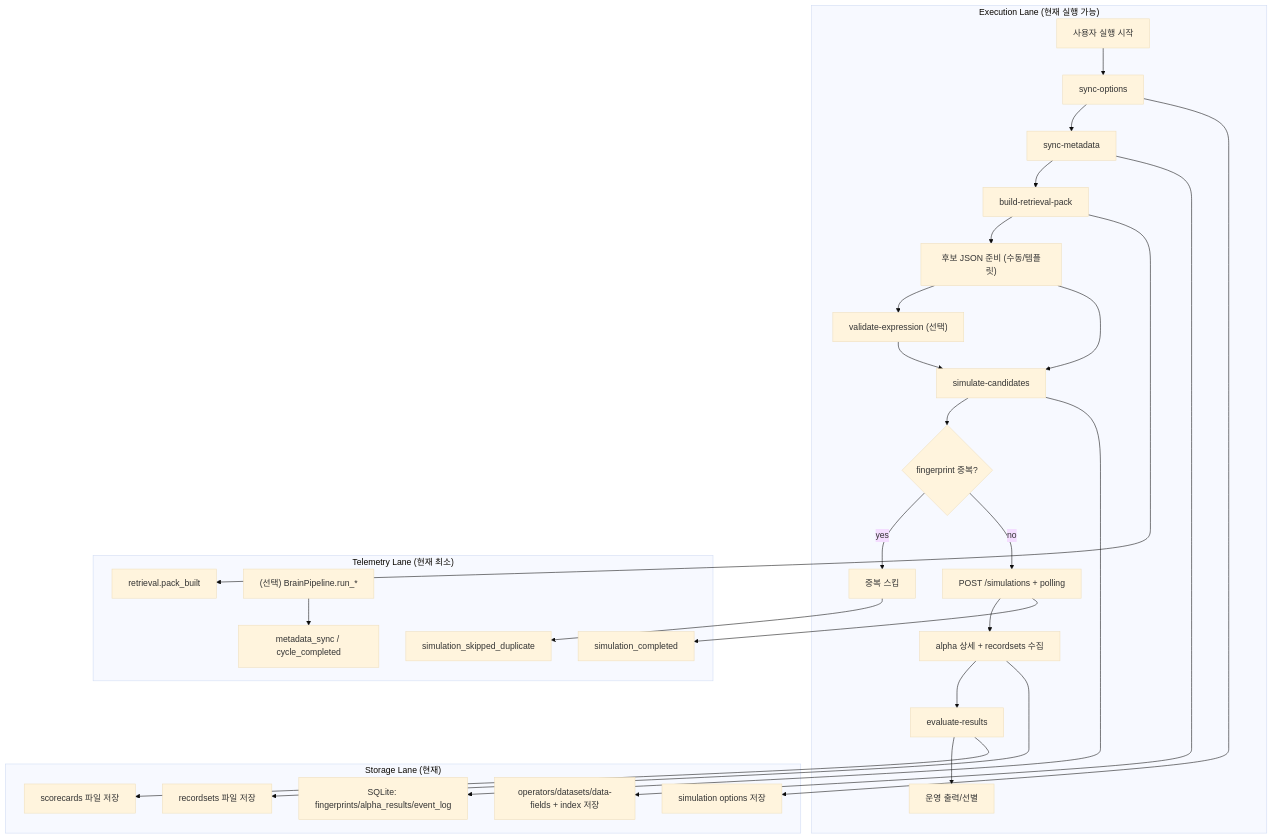
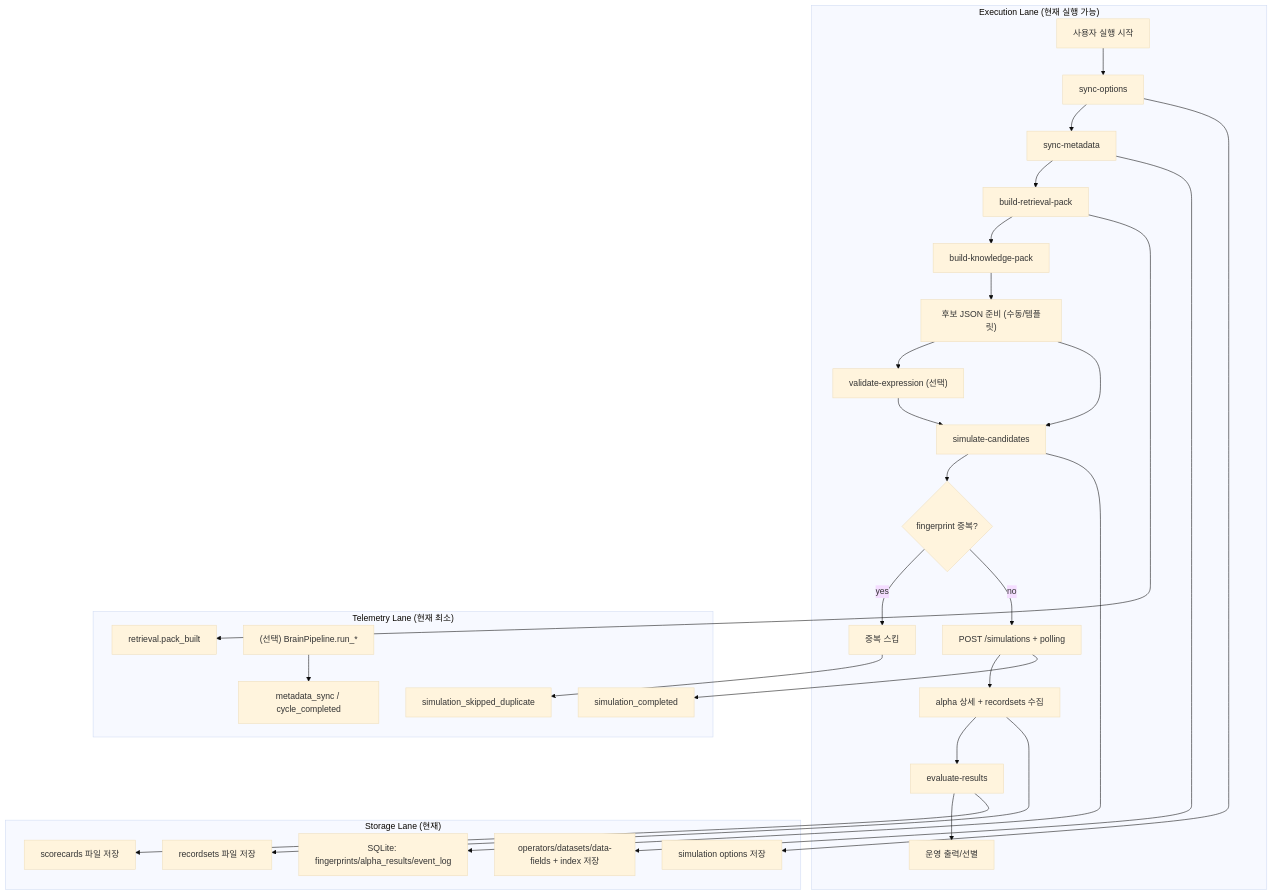
The first of 2 diagrams in architecture/current-workflow-map.md (ksw6895/Brain_alpha_generator), drawn with Mermaid (base theme) before and after one commit. The commit also changed other lines of this file and 9 other files, not shown here.

Commit message:
feat: complete step-18 knowledge pack pipeline

````diff
--- a/architecture/current-workflow-map.md
+++ b/architecture/current-workflow-map.md
@@ -26,33 +26,34 @@
 ```mermaid
 flowchart TD
   subgraph EXEC["Execution Lane (현재 실행 가능)"]
     U["사용자 실행 시작"] --> OPT["sync-options"]
     OPT --> META["sync-metadata"]
     META --> RPACK["build-retrieval-pack"]
-    RPACK --> CAND["후보 JSON 준비 (수동/템플릿)"]
+    RPACK --> KPACK["build-knowledge-pack"]
+    KPACK --> CAND["후보 JSON 준비 (수동/템플릿)"]
     CAND --> VAL["validate-expression (선택)"]
     CAND --> SIM["simulate-candidates"]
     VAL --> SIM
     SIM --> DEDUP{"fingerprint 중복?"}
     DEDUP -->|yes| SKIP["중복 스킵"]
     DEDUP -->|no| RUNSIM["POST /simulations + polling"]
     RUNSIM --> FETCH["alpha 상세 + recordsets 수집"]
     FETCH --> EVAL["evaluate-results"]
     EVAL --> OUT["운영 출력/선별"]
   end
 
   subgraph STORE["Storage Lane (현재)"]
     OPT --> M1["simulation options 저장"]
     META --> M2["operators/datasets/data-fields + index 저장"]
     SIM --> DB1["SQLite: fingerprints/alpha_results/event_log"]
     FETCH --> F1["recordsets 파일 저장"]
     EVAL --> F2["scorecards 파일 저장"]
   end
 
   subgraph OBSNOW["Telemetry Lane (현재 최소)"]
     RPACK --> E0["retrieval.pack_built"]
     SKIP --> E1["simulation_skipped_duplicate"]
     RUNSIM --> E2["simulation_completed"]
     PIPE["(선택) BrainPipeline.run_*"] --> E3["metadata_sync / cycle_completed"]
   end
 ```
````
